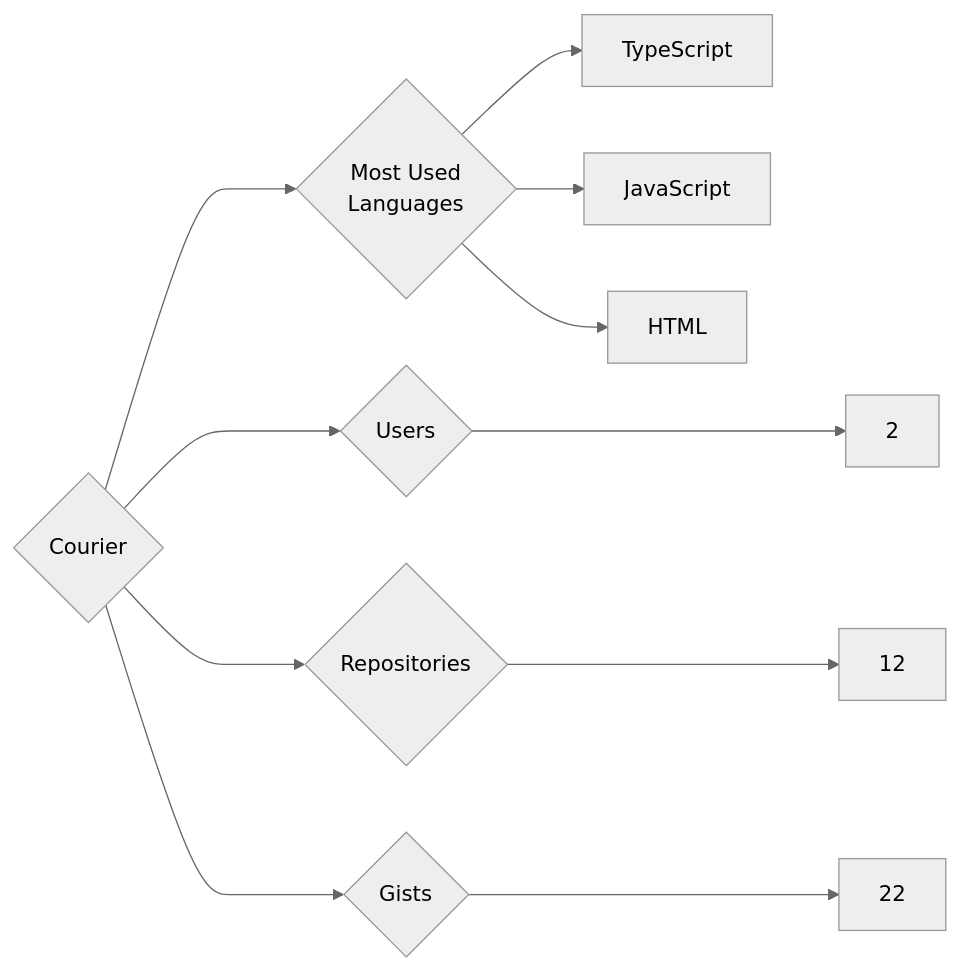
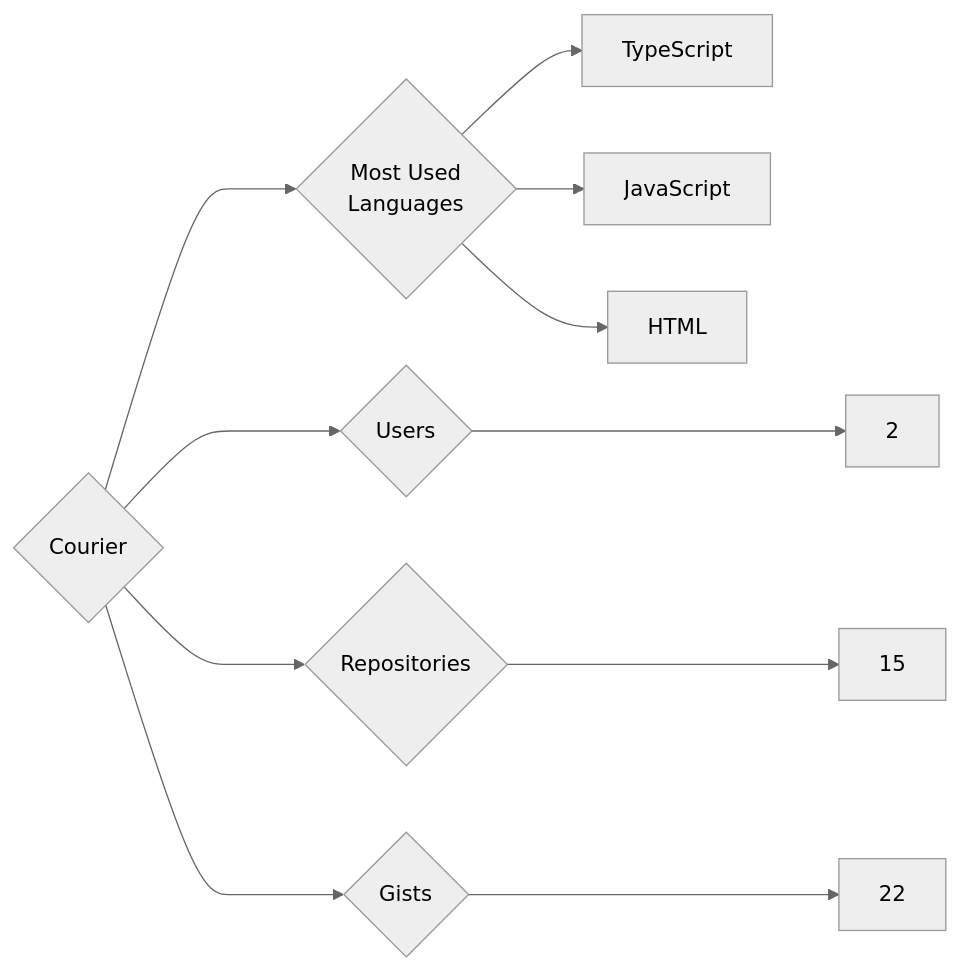
Before and after one commit to trickest/insiders: the diagram in targets/Courier/README.md, drawn with Mermaid (neutral theme). The commit also changed 1148 other files, not shown here.

````diff
--- a/targets/Courier/README.md
+++ b/targets/Courier/README.md
@@ -3,11 +3,11 @@
 ```mermaid
 graph LR
 COMPANY_NAME{Courier}
 COMPANY_NAME ---> U{Users} ---> UN[2]
-COMPANY_NAME ---> R{Repositories} ---> RN[12]
+COMPANY_NAME ---> R{Repositories} ---> RN[15]
 COMPANY_NAME ---> G{Gists} ---> GN[22]
 COMPANY_NAME ---> ML{Most Used<br>Languages}
 ML --> TypeScript[TypeScript]
 ML --> JavaScript[JavaScript]
 ML --> HTML[HTML]
 ```
````
